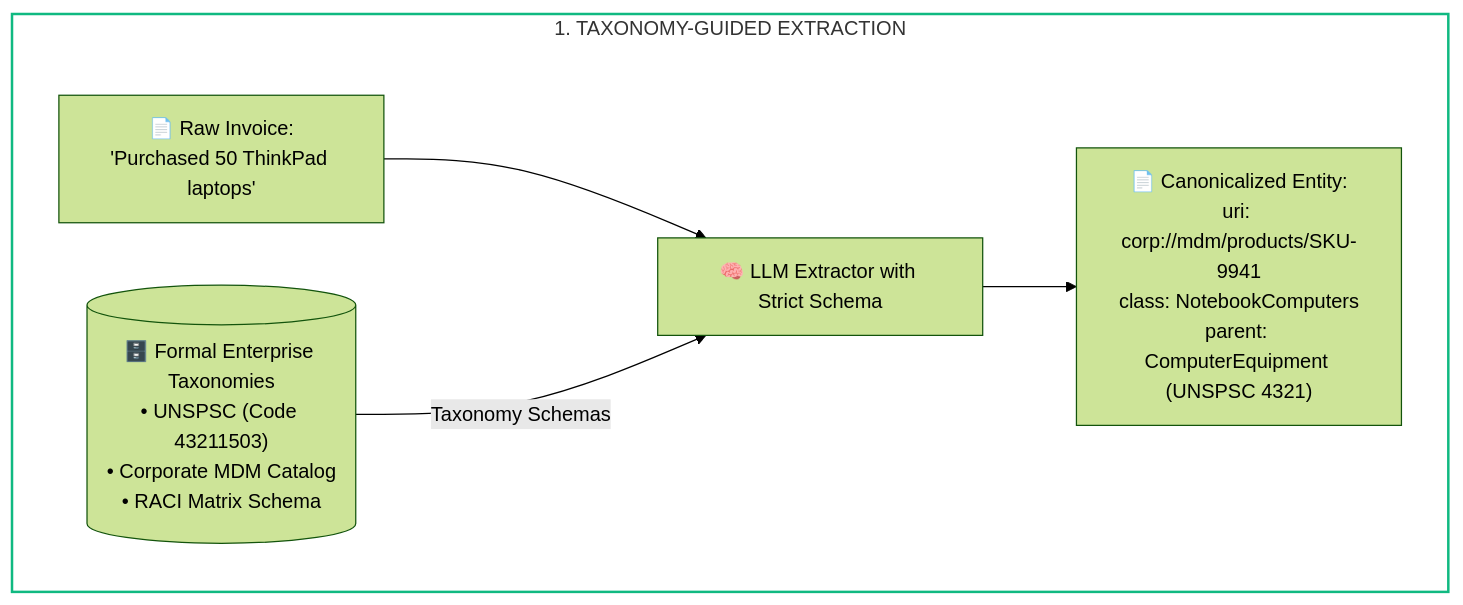
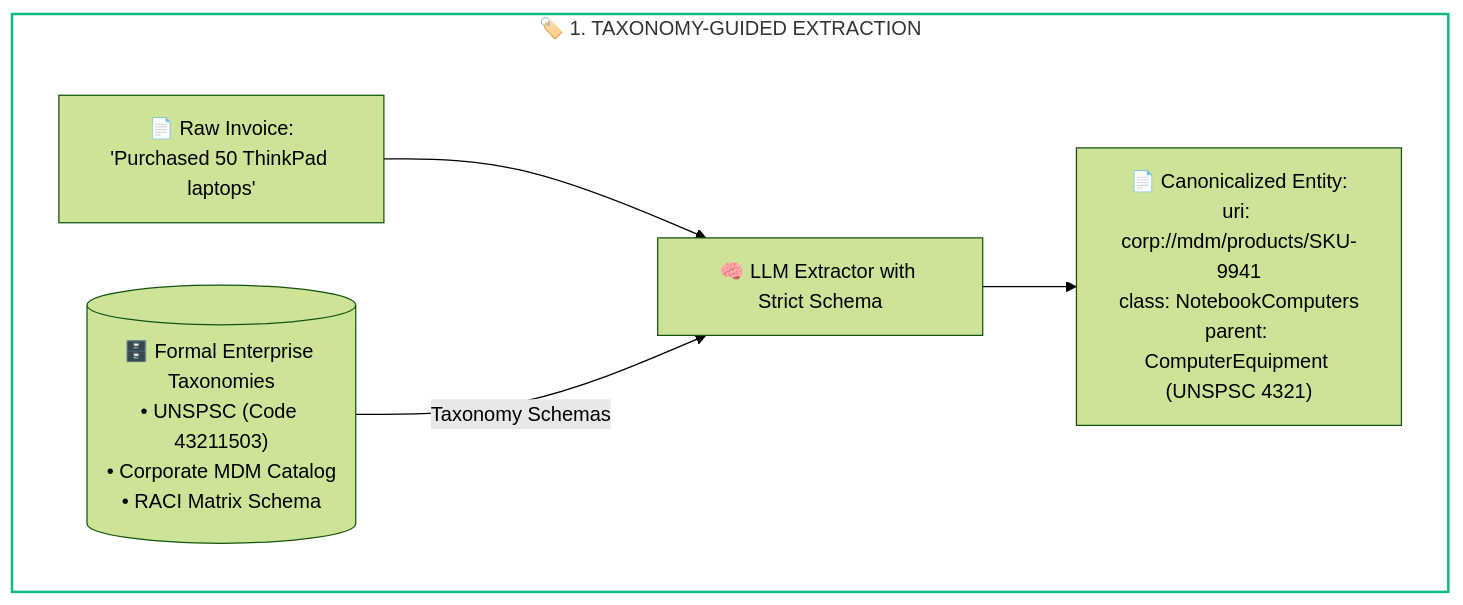
The fourth of 4 diagrams in 02-rag-and-knowledge-systems/06-graphrag-and-entity-traversal.md (dip4k/senior-engineer-to-ai-engineer-roadmap), drawn with Mermaid (forest theme) before and after one commit. The commit also changed other lines of this file and 94 other files, not shown here.

Commit message:
refactor(curriculum): complete Phase 04 upgrade and enforce diagram renderer invariants

````diff
--- a/02-rag-and-knowledge-systems/06-graphrag-and-entity-traversal.md
+++ b/02-rag-and-knowledge-systems/06-graphrag-and-entity-traversal.md
@@ -134,10 +136,10 @@
 ```mermaid
 flowchart TD
-    subgraph Extraction["1. TAXONOMY-GUIDED EXTRACTION"]
+    subgraph Extraction["🏷️ 1. TAXONOMY-GUIDED EXTRACTION"]
         RawDoc["📄 Raw Invoice:<br>'Purchased 50 ThinkPad laptops'"] --> LLM_Ext["🧠 LLM Extractor with Strict Schema"]
         SchemaDB[("🗄️ Formal Enterprise Taxonomies<br>• UNSPSC (Code 43211503)<br>• Corporate MDM Catalog<br>• RACI Matrix Schema")]
         SchemaDB -->|Taxonomy Schemas| LLM_Ext
         LLM_Ext --> Canonical["📄 Canonicalized Entity:<br>uri: corp://mdm/products/SKU-9941<br>class: NotebookComputers<br>parent: ComputerEquipment (UNSPSC 4321)"]
     end
     style Extraction fill:none,stroke:#10b981,stroke-width:2px;
 ```
````
